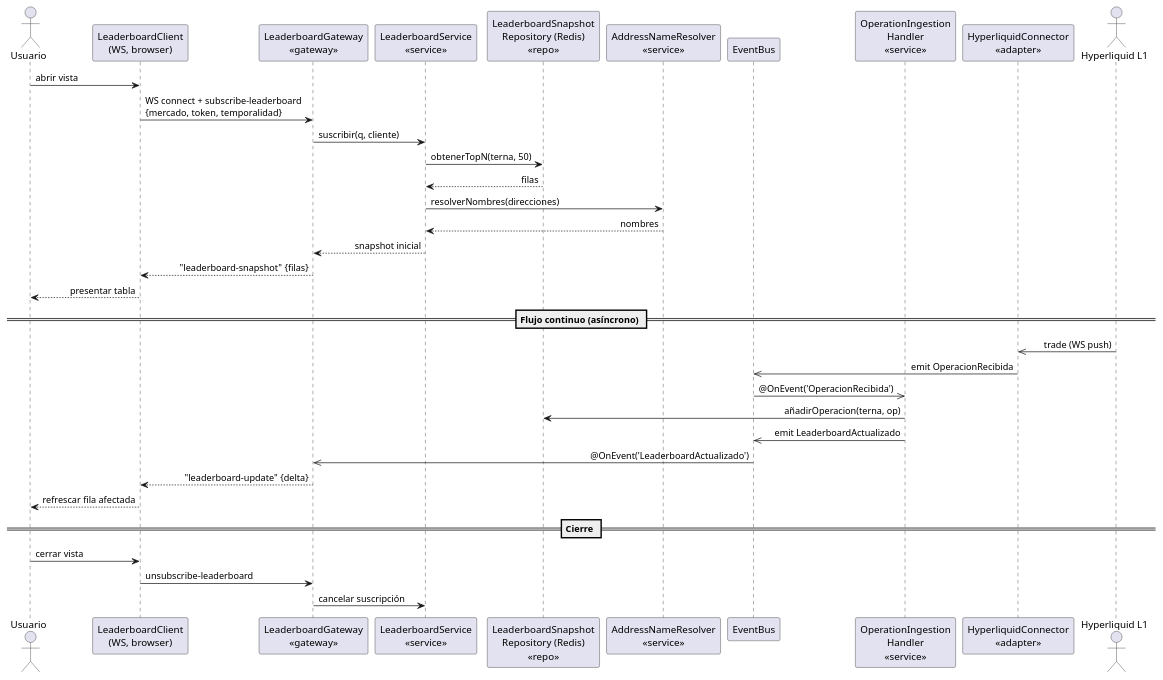
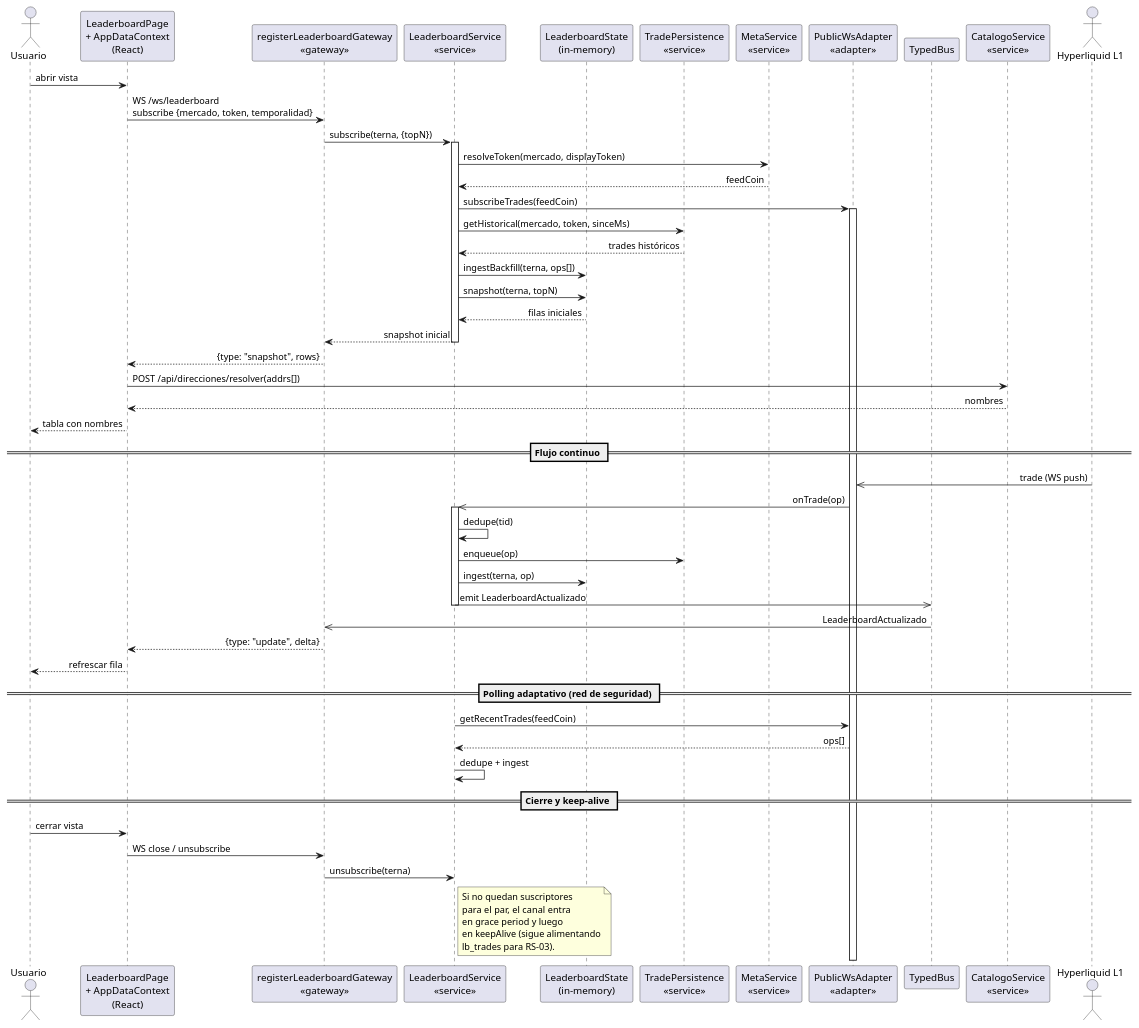
The diagram in modelosUML/capitulo3/diseno-secuencia-CU-01.puml (nekiiiiis/tfg), drawn with PlantUML before and after one commit. The commit also changed 40 other files, not shown here.

```diff
--- a/modelosUML/capitulo3/diseno-secuencia-CU-01.puml
+++ b/modelosUML/capitulo3/diseno-secuencia-CU-01.puml
@@ -1,44 +1,70 @@
 @startuml
 skinparam shadowing false
 skinparam sequenceMessageAlign direction
 
 actor "Usuario" as U
-participant "LeaderboardClient\n(WS, browser)" as CLI
-participant "LeaderboardGateway\n<<gateway>>" as GW
+participant "LeaderboardPage\n+ AppDataContext\n(React)" as CLI
+participant "registerLeaderboardGateway\n<<gateway>>" as GW
 participant "LeaderboardService\n<<service>>" as SVC
-participant "LeaderboardSnapshot\nRepository (Redis)\n<<repo>>" as REPO
-participant "AddressNameResolver\n<<service>>" as NAMES
-participant "EventBus" as BUS
-participant "OperationIngestion\nHandler\n<<service>>" as OIH
-participant "HyperliquidConnector\n<<adapter>>" as HLC
+participant "LeaderboardState\n(in-memory)" as STATE
+participant "TradePersistence\n<<service>>" as TP
+participant "MetaService\n<<service>>" as META
+participant "PublicWsAdapter\n<<adapter>>" as HLC
+participant "TypedBus" as BUS
+participant "CatalogoService\n<<service>>" as CAT
 actor "Hyperliquid L1" as HL
 
 U -> CLI : abrir vista
-CLI -> GW : WS connect + subscribe-leaderboard\n{mercado, token, temporalidad}
-GW -> SVC : suscribir(q, cliente)
-SVC -> REPO : obtenerTopN(terna, 50)
-REPO --> SVC : filas
-SVC -> NAMES : resolverNombres(direcciones)
-NAMES --> SVC : nombres
+CLI -> GW : WS /ws/leaderboard\nsubscribe {mercado, token, temporalidad}
+GW -> SVC : subscribe(terna, {topN})
+activate SVC
+SVC -> META : resolveToken(mercado, displayToken)
+META --> SVC : feedCoin
+SVC -> HLC : subscribeTrades(feedCoin)
+activate HLC
+SVC -> TP : getHistorical(mercado, token, sinceMs)
+TP --> SVC : trades históricos
+SVC -> STATE : ingestBackfill(terna, ops[])
+SVC -> STATE : snapshot(terna, topN)
+STATE --> SVC : filas iniciales
 SVC --> GW : snapshot inicial
-GW --> CLI : "leaderboard-snapshot" {filas}
-CLI --> U : presentar tabla
+deactivate SVC
+GW --> CLI : {type: "snapshot", rows}
+CLI -> CAT : POST /api/direcciones/resolver(addrs[])
+CAT --> CLI : nombres
+CLI --> U : tabla con nombres
 
-== Flujo continuo (asíncrono) ==
+== Flujo continuo ==
 
 HL ->> HLC : trade (WS push)
-HLC ->> BUS : emit OperacionRecibida
-BUS ->> OIH : @OnEvent('OperacionRecibida')
-OIH -> REPO : añadirOperacion(terna, op)
-OIH ->> BUS : emit LeaderboardActualizado
-BUS ->> GW : @OnEvent('LeaderboardActualizado')
-GW --> CLI : "leaderboard-update" {delta}
-CLI --> U : refrescar fila afectada
+HLC ->> SVC : onTrade(op)
+activate SVC
+SVC -> SVC : dedupe(tid)
+SVC -> TP : enqueue(op)
+SVC -> STATE : ingest(terna, op)
+SVC ->> BUS : emit LeaderboardActualizado
+deactivate SVC
+BUS ->> GW : LeaderboardActualizado
+GW --> CLI : {type: "update", delta}
+CLI --> U : refrescar fila
 
-== Cierre ==
+== Polling adaptativo (red de seguridad) ==
+
+SVC -> HLC : getRecentTrades(feedCoin)
+HLC --> SVC : ops[]
+SVC -> SVC : dedupe + ingest
+
+== Cierre y keep-alive ==
 
 U -> CLI : cerrar vista
-CLI -> GW : unsubscribe-leaderboard
-GW -> SVC : cancelar suscripción
+CLI -> GW : WS close / unsubscribe
+GW -> SVC : unsubscribe(terna)
+note right of SVC
+  Si no quedan suscriptores
+  para el par, el canal entra
+  en grace period y luego
+  en keepAlive (sigue alimentando
+  lb_trades para RS-03).
+end note
 
 @enduml
```
